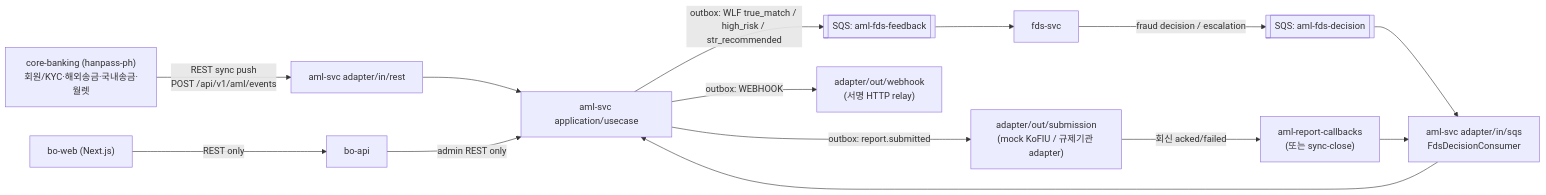
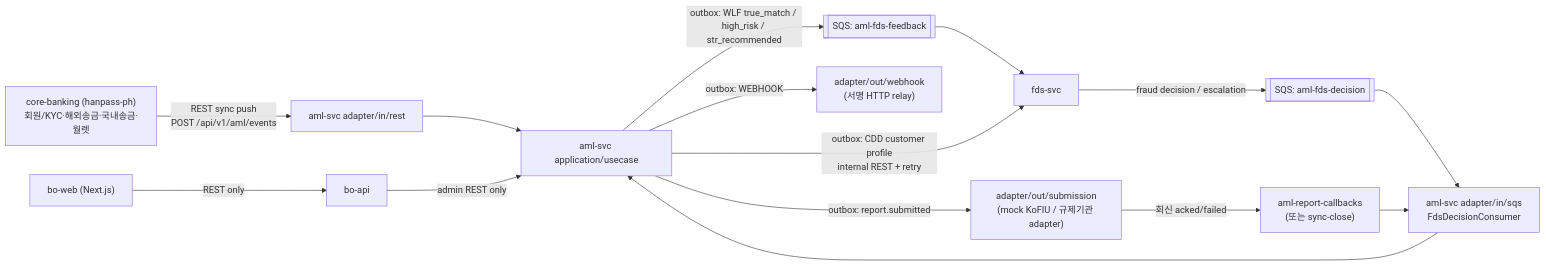
Before and after one commit to smkim89/aml-system-docs: the first of 9 diagrams in docs/design/integration/02-aml-integration.md, drawn with Mermaid. The commit also changed other lines of this file and 7 other files, not shown here.

Commit message:
docs: CDD 기반 FDS 고객 프로필 동기화 정본 반영

````diff
--- a/docs/design/integration/02-aml-integration.md
+++ b/docs/design/integration/02-aml-integration.md
@@ -37,17 +37,18 @@
 ```mermaid
 flowchart LR
     CB["core-banking (hanpass-ph)<br/>회원/KYC·해외송금·국내송금·월렛"]
     CB -->|REST sync push<br/>POST /api/v1/aml/events| AMLIN["aml-svc adapter/in/rest"]
     AMLIN --> AMLAPP["aml-svc application/usecase"]
     FDS["fds-svc"] -->|fraud decision / escalation| SQSFDS[["SQS: aml-fds-decision"]]
     SQSFDS --> AMLSQS["aml-svc adapter/in/sqs<br/>FdsDecisionConsumer"]
     AMLSQS --> AMLAPP
     AMLAPP -->|outbox: WLF true_match / high_risk / str_recommended| SQSFB[["SQS: aml-fds-feedback"]]
     SQSFB --> FDS
+    AMLAPP -->|outbox: CDD customer profile<br/>internal REST + retry| FDS
     AMLAPP -->|outbox: report.submitted| SUB["adapter/out/submission<br/>(mock KoFIU / 규제기관 adapter)"]
     SUB -->|회신 acked/failed| CBQ["aml-report-callbacks<br/>(또는 sync-close)"]
     CBQ --> AMLSQS
     AMLAPP -->|outbox: WEBHOOK| WH["adapter/out/webhook<br/>(서명 HTTP relay)"]
     BOAPI["bo-api"] -->|admin REST only| AMLAPP
     BOWEB["bo-web (Next.js)"] -->|REST only| BOAPI
 ```
````
